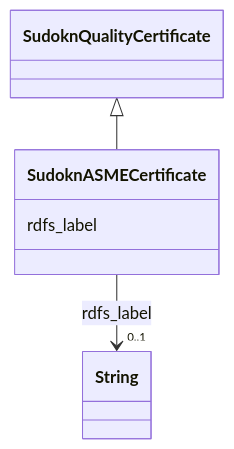
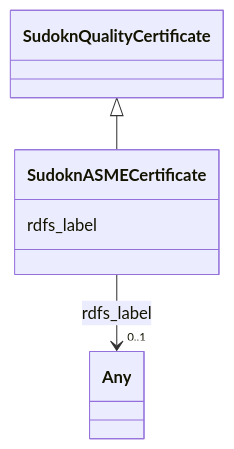
One commit to frink-okn/graph-descriptions changed the diagram in sudokn-kg/classes/SudoknASMECertificate.md. Above: the diagram before and after it, drawn with Mermaid. The commit also changed other lines of this file and 903 other files, not shown here.

````diff
--- a/sudokn-kg/classes/SudoknASMECertificate.md
+++ b/sudokn-kg/classes/SudoknASMECertificate.md
@@ -23,18 +18,18 @@
 ```mermaid
  classDiagram
     class SudoknASMECertificate
     click SudoknASMECertificate href "../SudoknASMECertificate"
       SudoknQualityCertificate <|-- SudoknASMECertificate
         click SudoknQualityCertificate href "../SudoknQualityCertificate"
       
       SudoknASMECertificate : rdfs_label
         
           
     
     
-    SudoknASMECertificate --> "0..1" String : rdfs_label
-    click String href "../String"
+    SudoknASMECertificate --> "0..1" Any : rdfs_label
+    click Any href "../Any"
 
         
       
 ```
````
